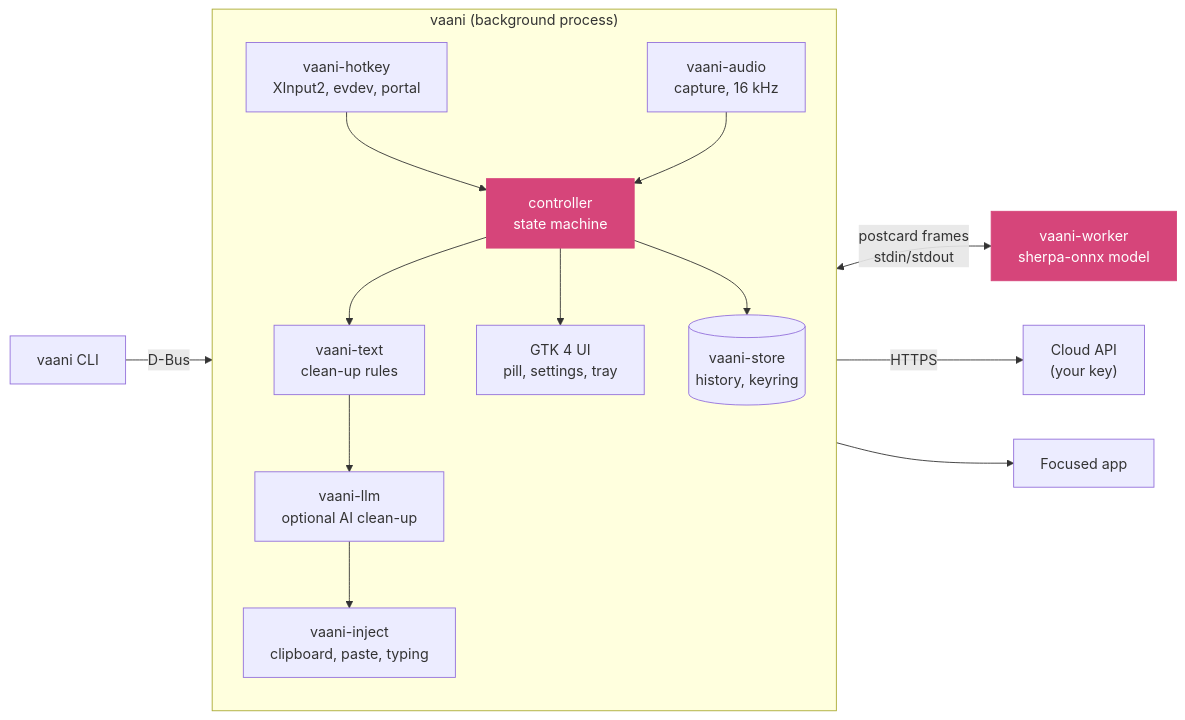
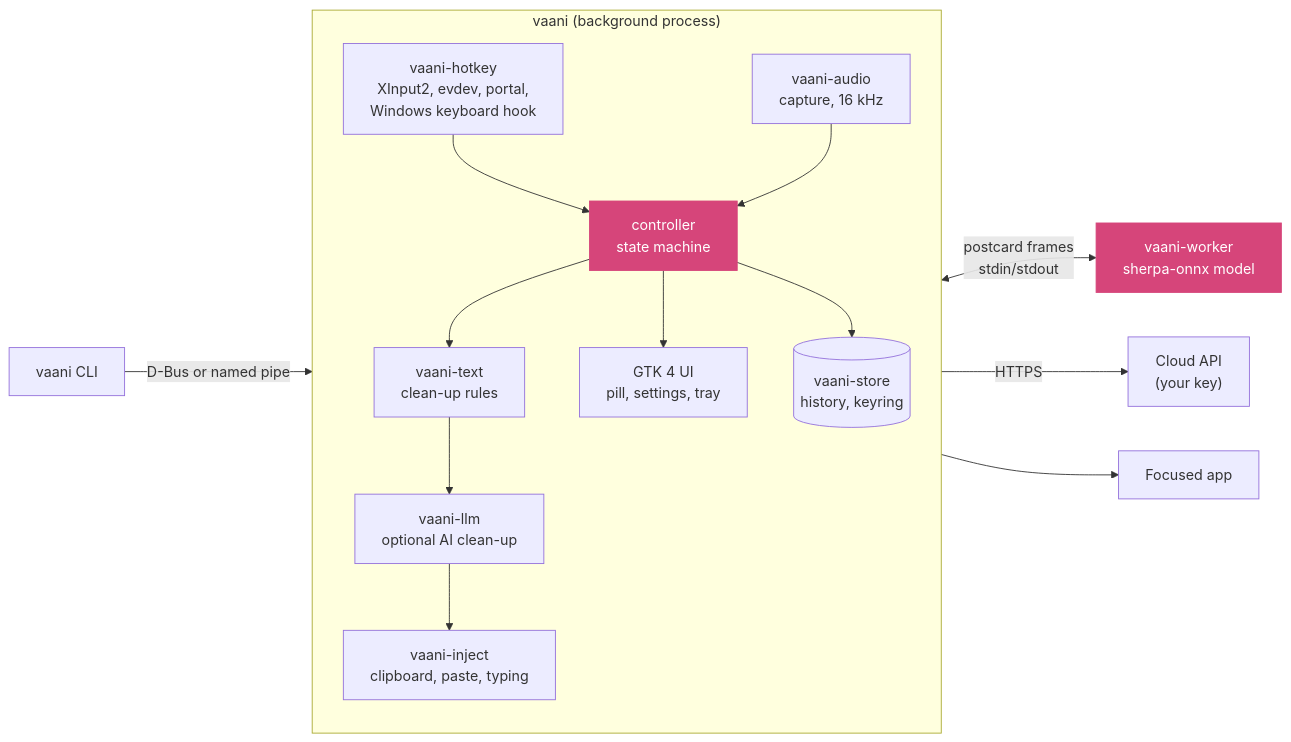
Before and after one commit to sakshamm21/Vaani: the first of 3 diagrams in README.md, drawn with Mermaid. The commit also changed other lines of this file and 6 other files, not shown here.

````diff
--- a/README.md
+++ b/README.md
@@ -152,19 +176,19 @@
 ```mermaid
 flowchart LR
     subgraph app["vaani (background process)"]
         direction TB
-        HK["vaani-hotkey<br/>XInput2, evdev, portal"] --> CT["controller<br/>state machine"]
+        HK["vaani-hotkey<br/>XInput2, evdev, portal,<br/>Windows keyboard hook"] --> CT["controller<br/>state machine"]
         AU["vaani-audio<br/>capture, 16 kHz"] --> CT
         CT --> TX["vaani-text<br/>clean-up rules"]
         TX --> LM["vaani-llm<br/>optional AI clean-up"]
         LM --> IN["vaani-inject<br/>clipboard, paste, typing"]
         CT --> UI["GTK 4 UI<br/>pill, settings, tray"]
         CT --> ST[("vaani-store<br/>history, keyring")]
     end
     CT <-->|"postcard frames<br/>stdin/stdout"| WK["vaani-worker<br/>sherpa-onnx model"]
     CT -->|HTTPS| CL["Cloud API<br/>(your key)"]
-    CLI["vaani CLI"] -->|D-Bus| CT
+    CLI["vaani CLI"] -->|"D-Bus or named pipe"| CT
     IN --> APP["Focused app"]
     classDef accent fill:#d6457a,stroke:#d6457a,color:#fff
     class CT,WK accent
 ```
````
